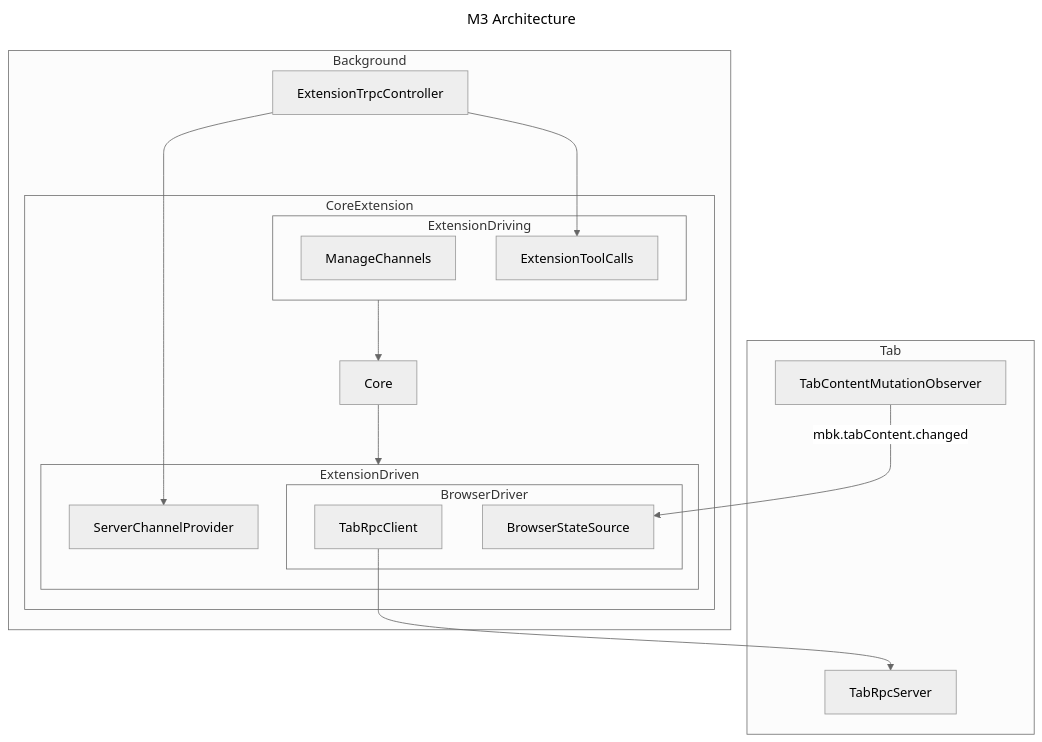
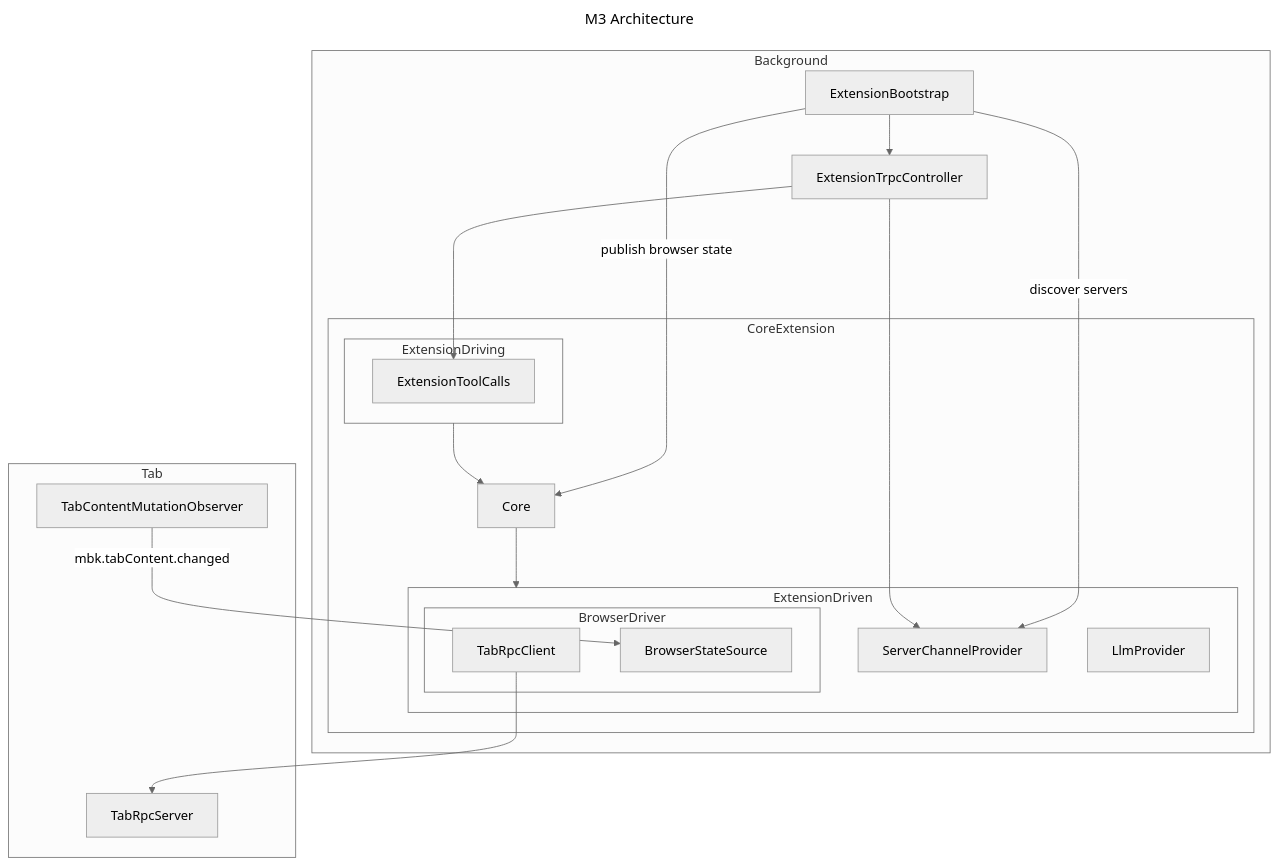
The fifth of 5 diagrams in docs/architecture.md (ndthanhdev/mcp-browser-kit), drawn with Mermaid (neutral theme) before and after one commit. The commit also changed other lines of this file and 23 other files, not shown here.

Commit message:
refactor: restructure extension bootstrap and tab services (#143)

````diff
--- a/docs/architecture.md
+++ b/docs/architecture.md
@@ -156,42 +160,46 @@
 ```mermaid
 ---
 title: M3 Architecture
 ---
 flowchart TD
   subgraph Background["Background"]
+    ExtensionBootstrap["ExtensionBootstrap"]
     ExtensionTrpcController["ExtensionTrpcController"]
     CoreExtension
   end
 
   subgraph Tab
     TabRpcServer
     TabContentMutationObserver
   end
   subgraph BrowserDriver["BrowserDriver"]
     TabRpcClient
     BrowserStateSource
   end
 
   subgraph ExtensionDriving["ExtensionDriving"]
-    ManageChannels
     ExtensionToolCalls
   end
 
   subgraph ExtensionDriven["ExtensionDriven"]
     BrowserDriver
     ServerChannelProvider
+    LlmProvider
   end
 
   subgraph CoreExtension["CoreExtension"]
     ExtensionDriving
     Core
     ExtensionDriven
   end
 
+  ExtensionBootstrap --> ExtensionTrpcController
+  ExtensionBootstrap -->|"publish browser state"| Core
+  ExtensionBootstrap -->|"discover servers"| ServerChannelProvider
   ExtensionTrpcController -----> ServerChannelProvider
   ExtensionTrpcController ---> ExtensionToolCalls
   ExtensionDriving --> Core
   Core --> ExtensionDriven
   TabRpcClient --> TabRpcServer
   TabContentMutationObserver -->|"mbk.tabContent.changed"| BrowserStateSource
 ```
````
